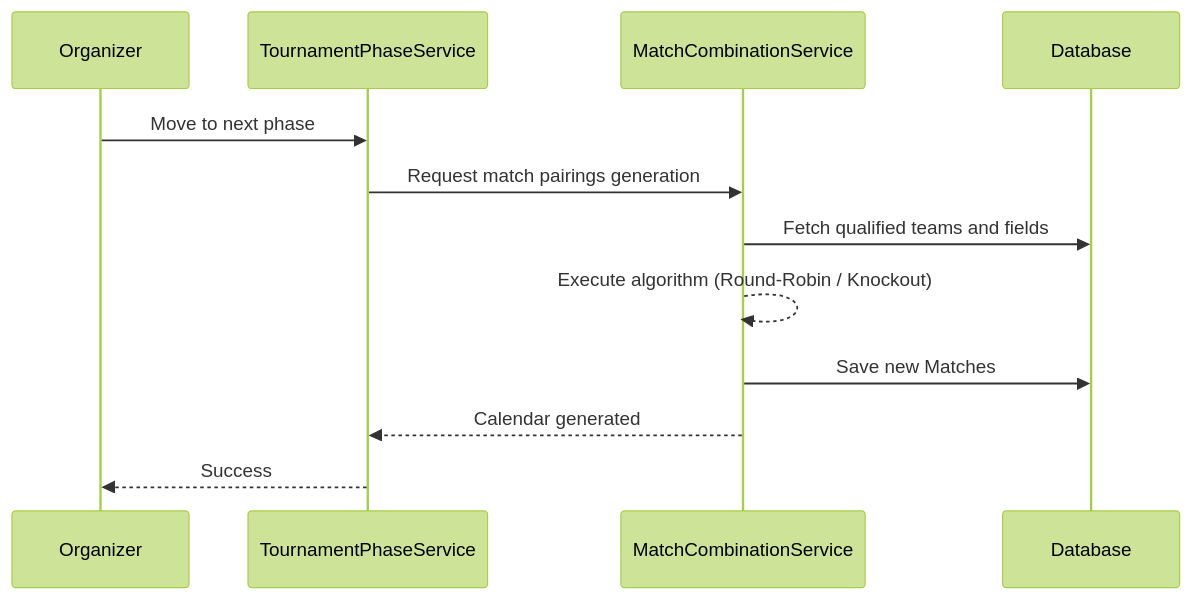
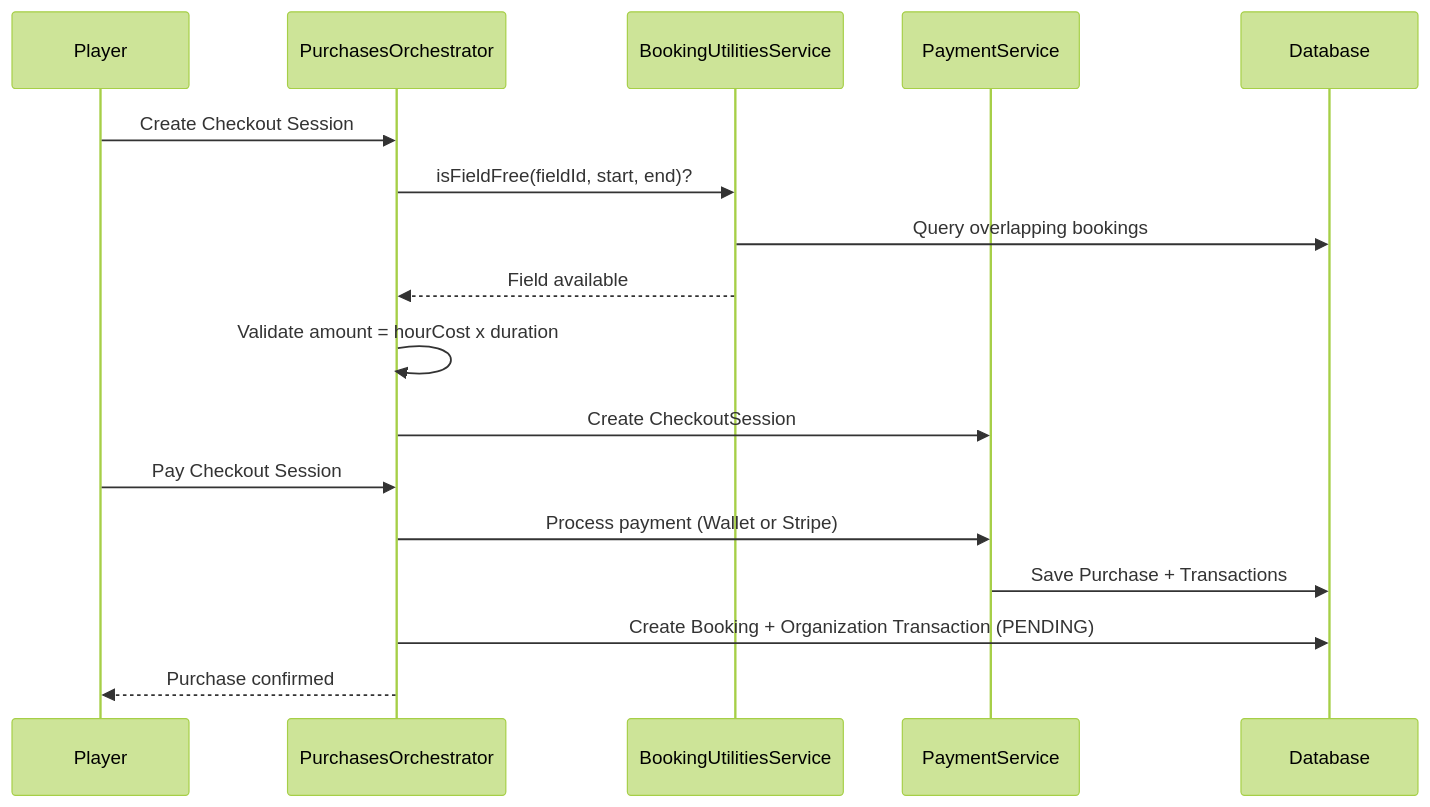
The first of 4 diagrams in README.md (lorisdj02/atl-backend), drawn with Mermaid (forest theme) before and after one commit. The commit also changed other lines of this file, not shown here.

Commit message:
docs: overhaul backend README with comprehensive architecture, roles, and feature flows

````diff
--- a/README.md
+++ b/README.md
@@ -29,15 +56,20 @@
 ```mermaid
 sequenceDiagram
-    participant Org as Organizer
-    participant T_Service as TournamentPhaseService
-    participant M_Service as MatchCombinationService
+    participant P as Player
+    participant Orch as PurchasesOrchestrator
+    participant BUtil as BookingUtilitiesService
+    participant Pay as PaymentService
     participant DB as Database
-    
-    Org->>T_Service: Move to next phase
-    T_Service->>M_Service: Request match pairings generation
-    M_Service->>DB: Fetch qualified teams and fields
-    M_Service-->>M_Service: Execute algorithm (Round-Robin / Knockout)
-    M_Service->>DB: Save new Matches
-    M_Service-->>T_Service: Calendar generated
-    T_Service-->>Org: Success
+
+    P->>Orch: Create Checkout Session
+    Orch->>BUtil: isFieldFree(fieldId, start, end)?
+    BUtil->>DB: Query overlapping bookings
+    BUtil-->>Orch: Field available
+    Orch->>Orch: Validate amount = hourCost x duration
+    Orch->>Pay: Create CheckoutSession
+    P->>Orch: Pay Checkout Session
+    Orch->>Pay: Process payment (Wallet or Stripe)
+    Pay->>DB: Save Purchase + Transactions
+    Orch->>DB: Create Booking + Organization Transaction (PENDING)
+    Orch-->>P: Purchase confirmed
 ```
````
